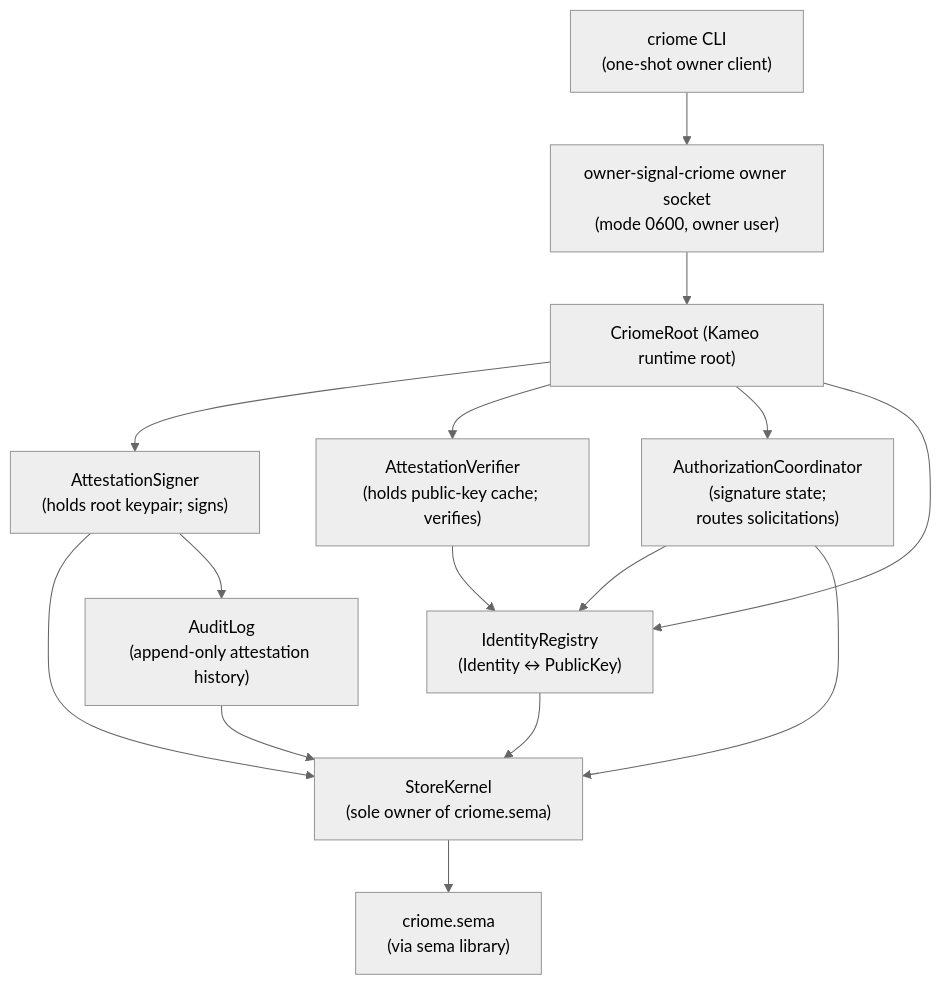
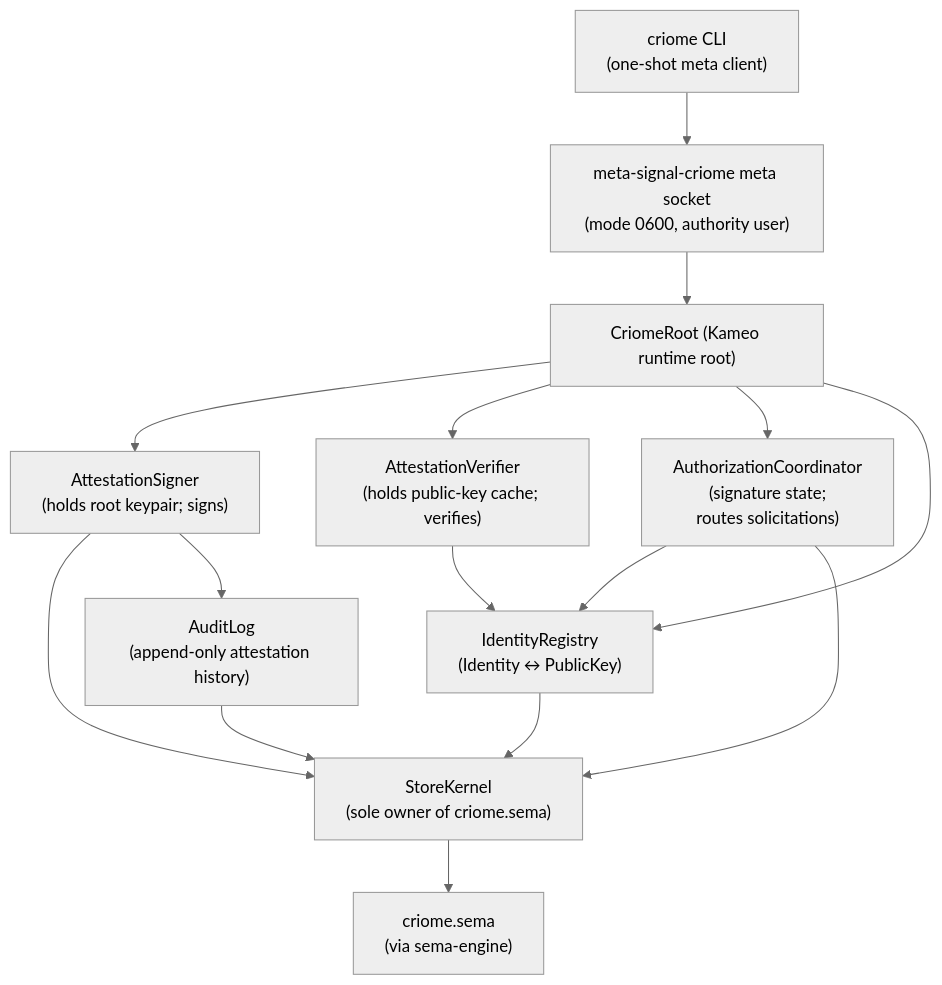
Before and after one commit to LiGoldragon/criome: the diagram in ARCHITECTURE.md, drawn with Mermaid (neutral theme). The commit also changed other lines of this file and 7 other files, not shown here.

````diff
--- a/ARCHITECTURE.md
+++ b/ARCHITECTURE.md
@@ -178,28 +178,28 @@
 ```mermaid
 flowchart TB
-    cli["criome CLI<br/>(one-shot owner client)"]
-    socket["owner-signal-criome owner socket<br/>(mode 0600, owner user)"]
+    cli["criome CLI<br/>(one-shot meta client)"]
+    socket["meta-signal-criome meta socket<br/>(mode 0600, authority user)"]
     root["CriomeRoot (Kameo runtime root)"]
     signer["AttestationSigner<br/>(holds root keypair; signs)"]
     verifier["AttestationVerifier<br/>(holds public-key cache; verifies)"]
     authorization["AuthorizationCoordinator<br/>(signature state;<br/>routes solicitations)"]
     registry["IdentityRegistry<br/>(Identity ↔ PublicKey)"]
     store["StoreKernel<br/>(sole owner of criome.sema)"]
-    db["criome.sema<br/>(via sema library)"]
+    db["criome.sema<br/>(via sema-engine)"]
     audit["AuditLog<br/>(append-only attestation history)"]
 
     cli --> socket
     socket --> root
     root --> signer
     root --> verifier
     root --> authorization
     root --> registry
     signer --> store
     verifier --> registry
     authorization --> registry
     authorization --> store
     registry --> store
     store --> db
     signer --> audit
     audit --> store
 ```
````
